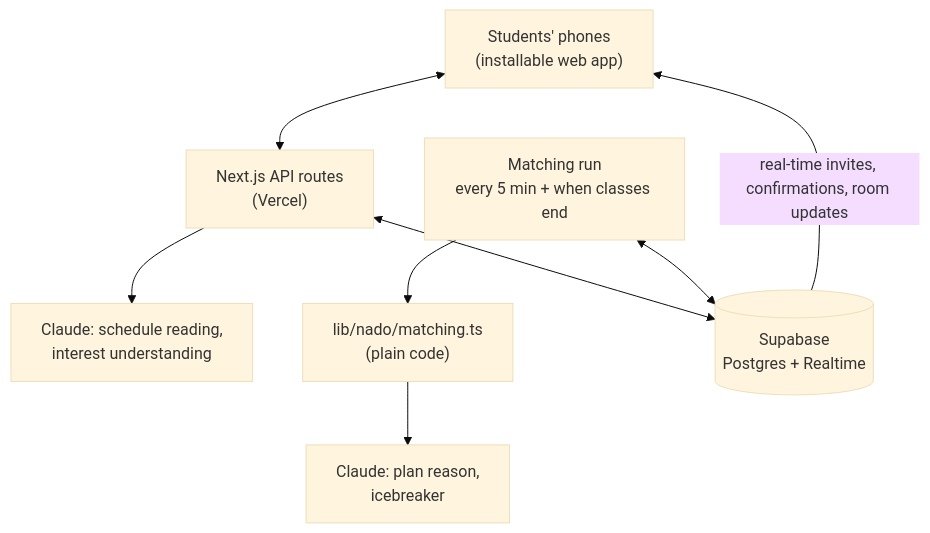
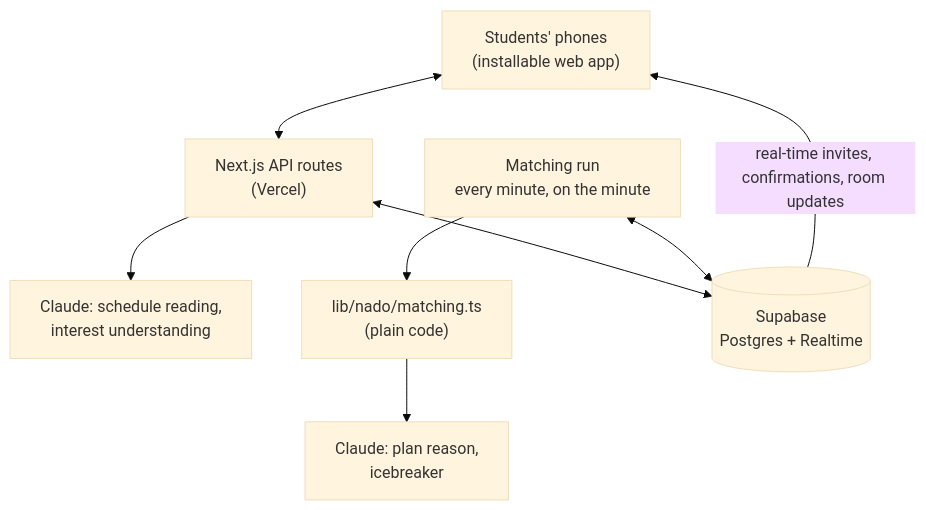
One commit to dasol0312/nado changed the third of 3 diagrams in README.md. Above: the diagram before and after it, drawn with Mermaid (base theme). The commit also changed other lines of this file and 11 other files, not shown here.

First line of the commit message:
Match every minute, on the minute, and only once per minute

````diff
--- a/README.md
+++ b/README.md
@@ -201,10 +201,10 @@
 ```mermaid
 flowchart TB
     P["Students' phones<br/>(installable web app)"] <--> API["Next.js API routes<br/>(Vercel)"]
     API --> C1["Claude: schedule reading,<br/>interest understanding"]
-    JOB["Matching run<br/>every 5 min + when classes end"] --> M["lib/nado/matching.ts<br/>(plain code)"]
+    JOB["Matching run<br/>every minute, on the minute"] --> M["lib/nado/matching.ts<br/>(plain code)"]
     M --> C2["Claude: plan reason,<br/>icebreaker"]
     API <--> DB[("Supabase<br/>Postgres + Realtime")]
     JOB <--> DB
     DB -- "real-time invites, confirmations, room updates" --> P
 ```
````
